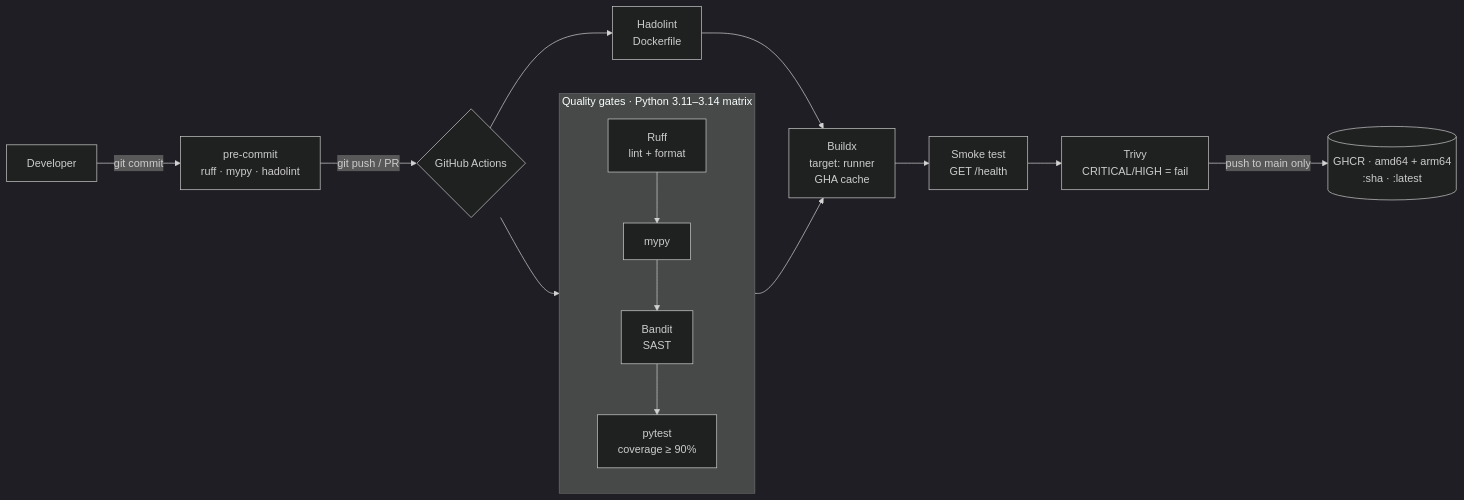
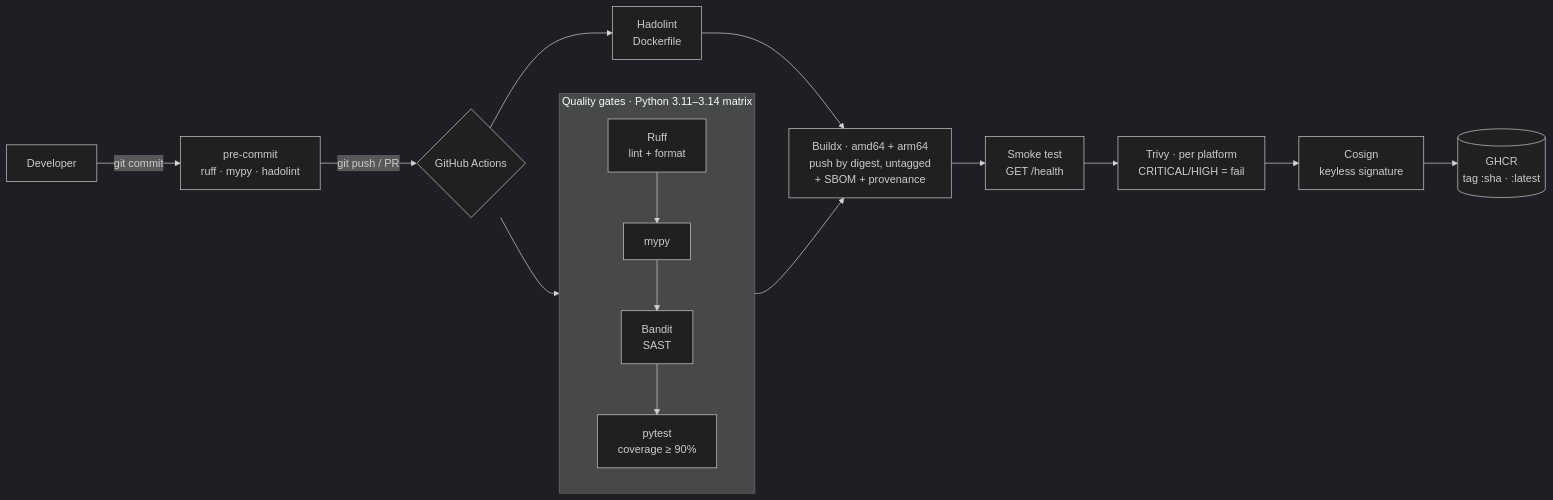
One commit to DiegoTepichin/cicd-pipeline changed the first of 2 diagrams in README.md. Above: the diagram before and after it, drawn with Mermaid (dark theme). The commit also changed other lines of this file and 3 other files, not shown here.

First line of the commit message:
ci: sign, attest and gate the exact published image digest

````diff
--- a/README.md
+++ b/README.md
@@ -36,17 +37,18 @@
 ```mermaid
 flowchart LR
     dev[Developer] -->|git commit| hooks[pre-commit<br/>ruff · mypy · hadolint]
     hooks -->|git push / PR| gha{GitHub Actions}
 
     subgraph QG[Quality gates · Python 3.11–3.14 matrix]
         lint[Ruff<br/>lint + format] --> types[mypy] --> sast[Bandit<br/>SAST] --> tests[pytest<br/>coverage ≥ 90%]
     end
     gha --> QG
     gha --> hl[Hadolint<br/>Dockerfile]
 
-    QG --> build[Buildx<br/>target: runner<br/>GHA cache]
+    QG --> build[Buildx · amd64 + arm64<br/>push by digest, untagged<br/>+ SBOM + provenance]
     hl --> build
     build --> smoke[Smoke test<br/>GET /health]
-    smoke --> trivy[Trivy<br/>CRITICAL/HIGH = fail]
-    trivy -->|push to main only| ghcr[(GHCR · amd64 + arm64<br/>:sha · :latest)]
+    smoke --> trivy[Trivy · per platform<br/>CRITICAL/HIGH = fail]
+    trivy --> sign[Cosign<br/>keyless signature]
+    sign --> ghcr[(GHCR<br/>tag :sha · :latest)]
 ```
````
